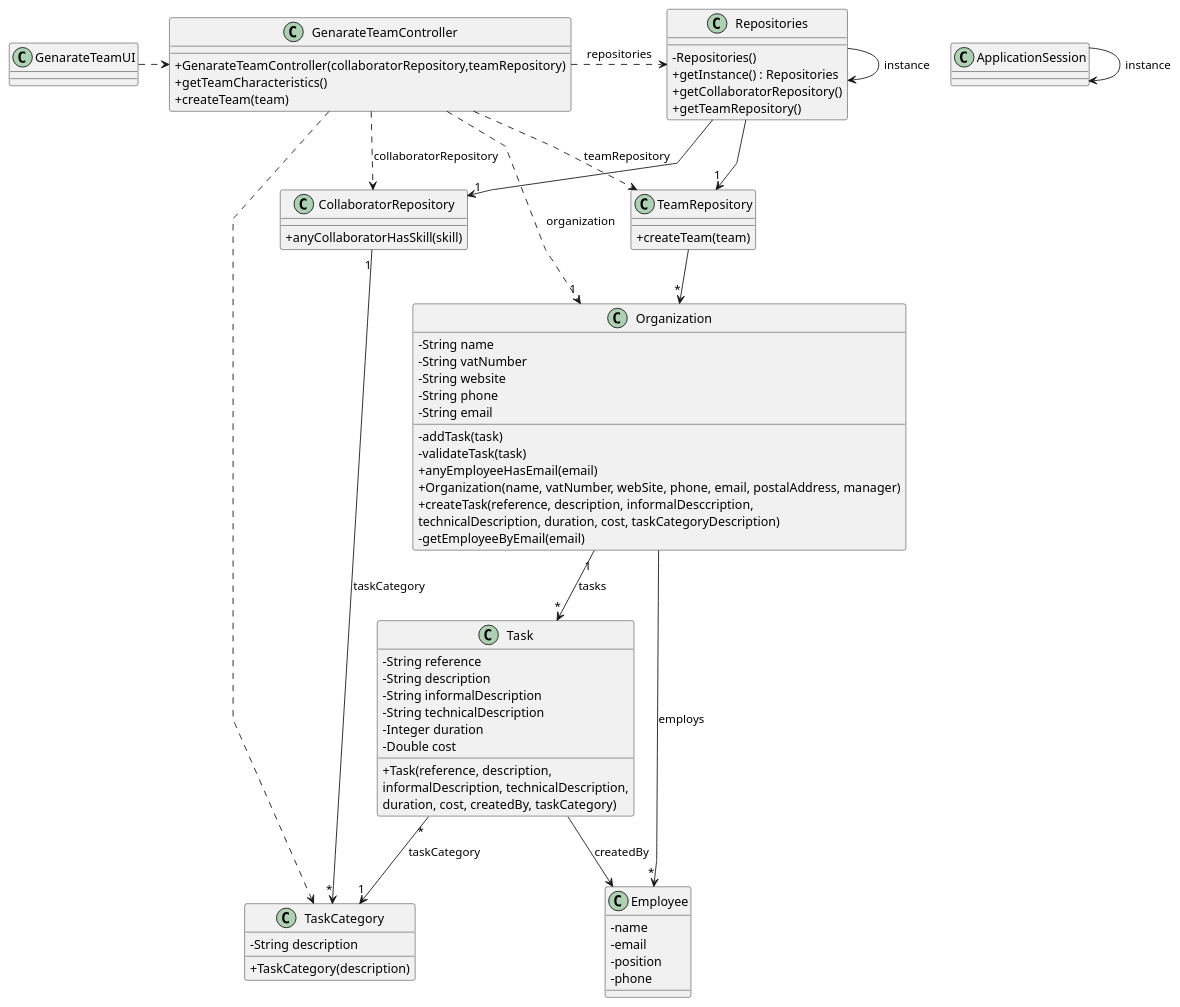
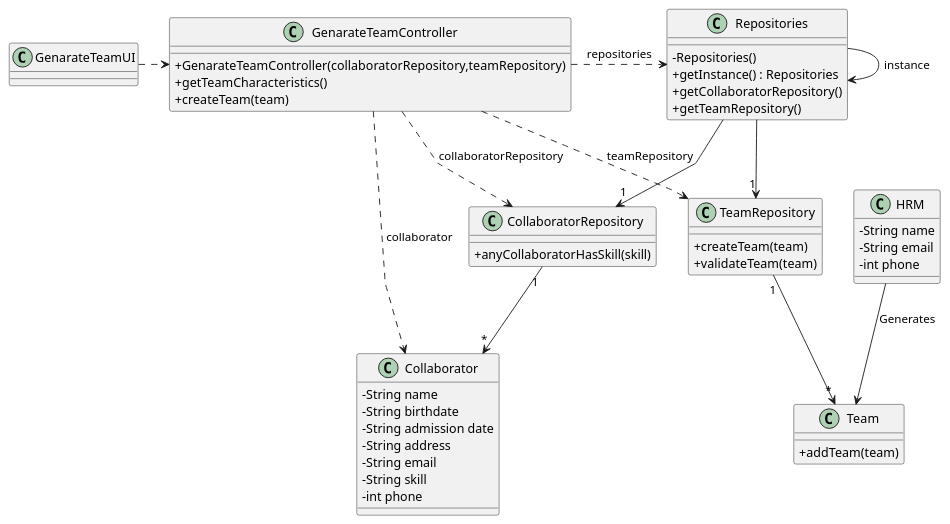
Before and after one commit to Departamento-de-Engenharia-Informatica/lei-24-s2-1dkl-g134: the diagram in docs/sprintB/us005/03.design/puml/us005-class-diagram.puml, drawn with PlantUML.

Commit message:
Conclusion of US05 class diagram

```diff
--- a/docs/sprintB/us005/03.design/puml/us005-class-diagram.puml
+++ b/docs/sprintB/us005/03.design/puml/us005-class-diagram.puml
@@ -1,110 +1,79 @@
 @startuml
 'skinparam monochrome true
 skinparam packageStyle rectangle
 skinparam shadowing false
 skinparam linetype polyline
 'skinparam linetype orto
 
 skinparam classAttributeIconSize 0
 
 'left to right direction
 class GenarateTeamUI {
 }
 
 class GenarateTeamController {
 +GenarateTeamController(collaboratorRepository,teamRepository)
 +getTeamCharacteristics()
 +createTeam(team)
 }
 
 
 class Repositories {
     - Repositories()
     + getInstance() : Repositories
     + getCollaboratorRepository()
     + getTeamRepository()
 }
 
 class CollaboratorRepository {
     + anyCollaboratorHasSkill(skill)
 }
 
 class TeamRepository {
     + createTeam(team)
+    + validateTeam(team)
 }
 
-class Employee {
-    - name
-    - email
-    - position
-    - phone
+class Collaborator {
+    - String name
+    - String birthdate
+    - String admission date
+    - String address
+    - String email
+    - String skill
+    - int phone
+
 }
 
-class Task {
-    - String reference
-    - String description
-    - String informalDescription
-    - String technicalDescription
-    - Integer duration
-    - Double cost
+class Team{
++addTeam(team)
 
-    + Task(reference, description,\ninformalDescription, technicalDescription,\nduration, cost, createdBy, taskCategory)
 }
 
-class TaskCategory {
-    - String description
-
-     + TaskCategory(description)
-}
-
-class Organization {
-    - String name
-    - String vatNumber
-    - String website
-    - String phone
-    - String email
-
-    - addTask(task)
-    - validateTask(task)
-    + anyEmployeeHasEmail(email)
-    + Organization(name, vatNumber, webSite, phone, email, postalAddress, manager)
-    + createTask(reference, description, informalDesccription,\ntechnicalDescription, duration, cost, taskCategoryDescription)
-    - getEmployeeByEmail(email)
-
-'  +saveTask(task)
+class HRM{
+   - String name
+   - String email
+   - int phone
 }
 
 
 
 
 
 
 
 
 
+
 Repositories -> Repositories : instance
-ApplicationSession -> ApplicationSession : instance
-
 GenarateTeamUI .> GenarateTeamController
-
 GenarateTeamController .> Repositories : repositories
-
 Repositories -> "1" CollaboratorRepository
-
-GenarateTeamController ..> TaskCategory
+GenarateTeamController ..> Collaborator: collaborator
 GenarateTeamController ..> TeamRepository : teamRepository
 GenarateTeamController ..> CollaboratorRepository : collaboratorRepository
-
 Repositories --> "1" TeamRepository
-
-TeamRepository --> "*" Organization
-
-GenarateTeamController ..> "1" Organization : organization
-Task "*" --> "1" TaskCategory : taskCategory
-CollaboratorRepository "1" --> "*" TaskCategory : taskCategory
-Organization "1" --> "*" Task : tasks
-Task --> Employee : createdBy
-
-Organization --> "*" Employee : employs
-
+CollaboratorRepository "1" --> "*" Collaborator
+TeamRepository "1" --> "*" Team
+HRM --> Team : Generates
 @enduml
```
